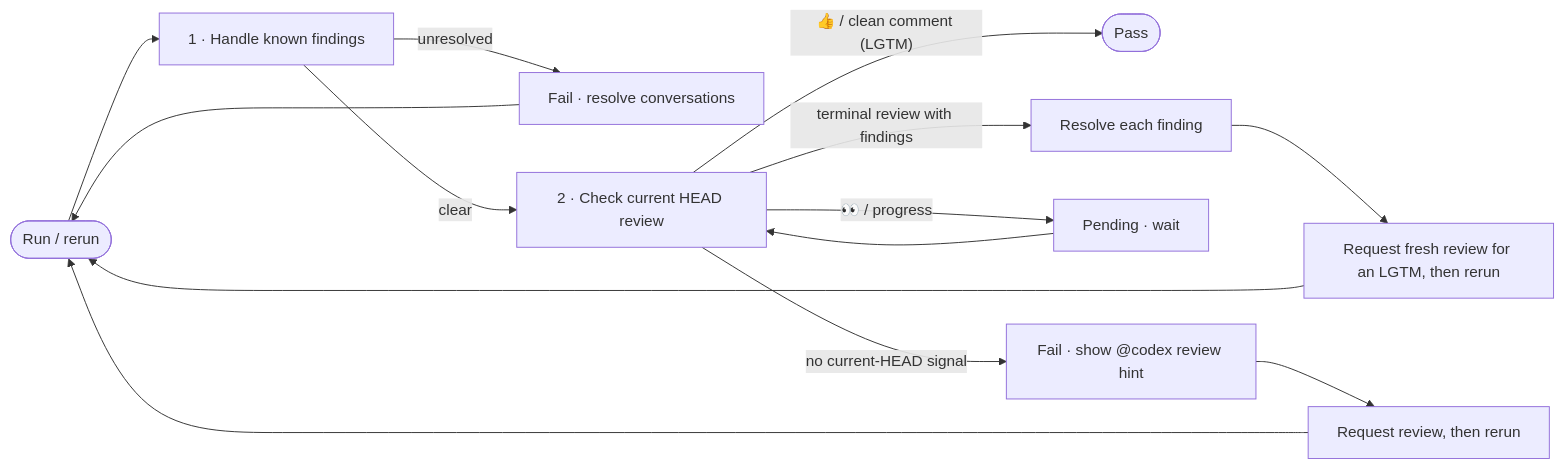
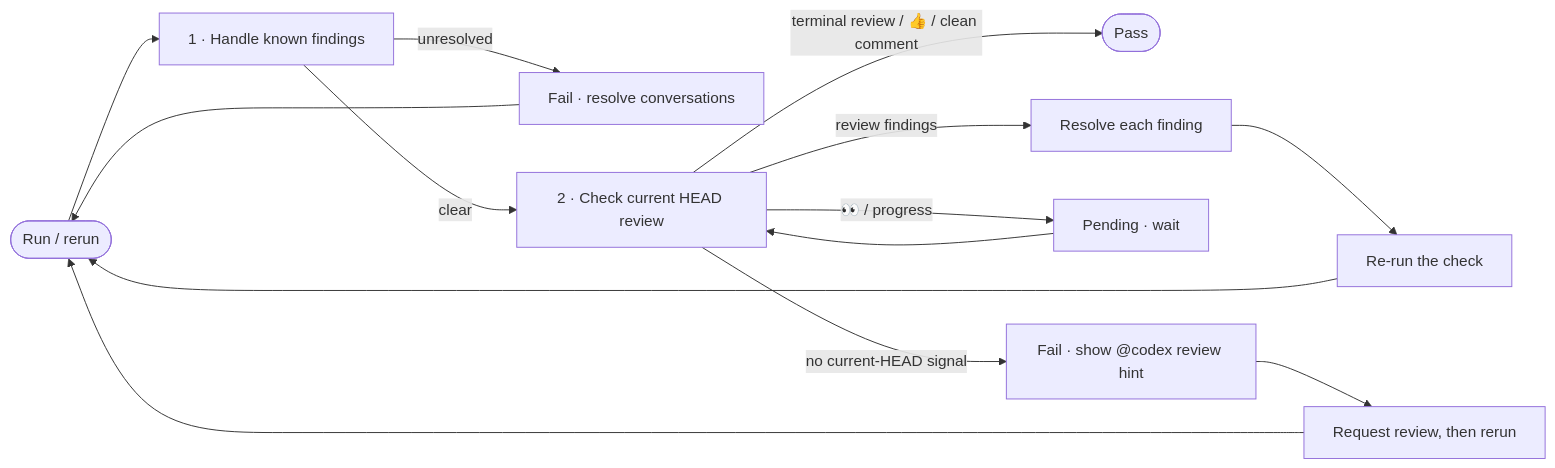
The diagram in README.md (kkkiio/codex-review-check), drawn with Mermaid before and after one commit. The commit also changed other lines of this file and 18 other files, not shown here.

First line of the commit message:
Default to lenient review evidence; rename pass-without-lgtm to require-lgtm (#3)

````diff
--- a/README.md
+++ b/README.md
@@ -37,21 +37,21 @@
 ```mermaid
 flowchart LR
     A([Run / rerun]) --> B[1 · Handle known findings]
 
     B -- unresolved --> C[Fail · resolve conversations]
     C --> A
 
     B -- clear --> D[2 · Check current HEAD review]
 
-    D -- "👍 / clean comment (LGTM)" --> E([Pass])
-    D -- "terminal review with findings" --> I[Resolve each finding]
-    I --> J[Request fresh review for an LGTM, then rerun]
+    D -- "terminal review / 👍 / clean comment" --> E([Pass])
+    D -- "review findings" --> I[Resolve each finding]
+    I --> J[Re-run the check]
     J --> A
 
     D -- "👀 / progress" --> F[Pending · wait]
     F --> D
 
     D -- "no current-HEAD signal" --> G[Fail · show @codex review hint]
     G --> H[Request review, then rerun]
     H --> A
 ```
````
